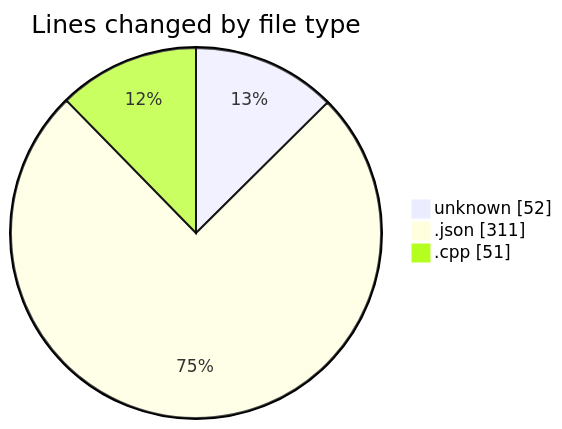
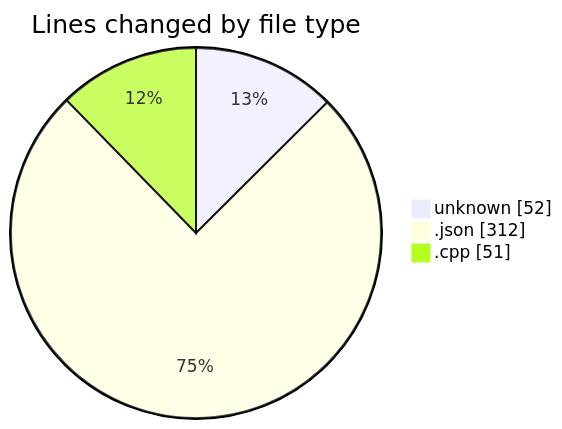
Before and after one commit to Netris89/code-tracking: the first of 2 diagrams in 2025-03-26/echo/README.md, drawn with Mermaid. The commit also changed other lines of this file and 1 other file, not shown here.

````diff
--- a/2025-03-26/echo/README.md
+++ b/2025-03-26/echo/README.md
@@ -24,7 +24,7 @@
 ```mermaid
 pie showData
 title Lines changed by file type
 "unknown" : 52
-".json" : 311
+".json" : 312
 ".cpp" : 51
 ```
````
